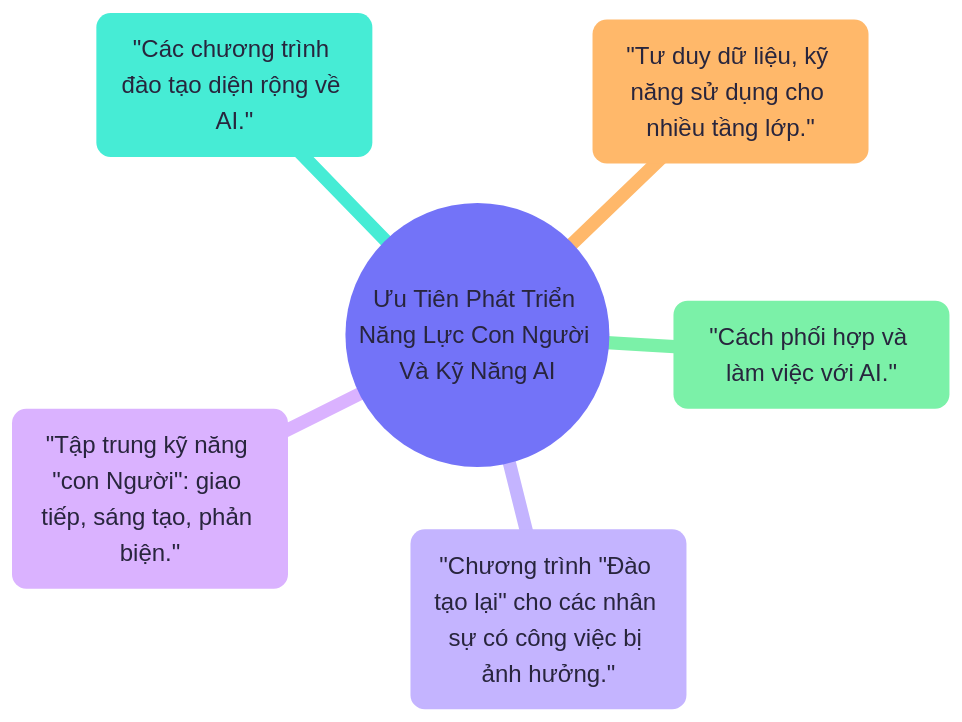
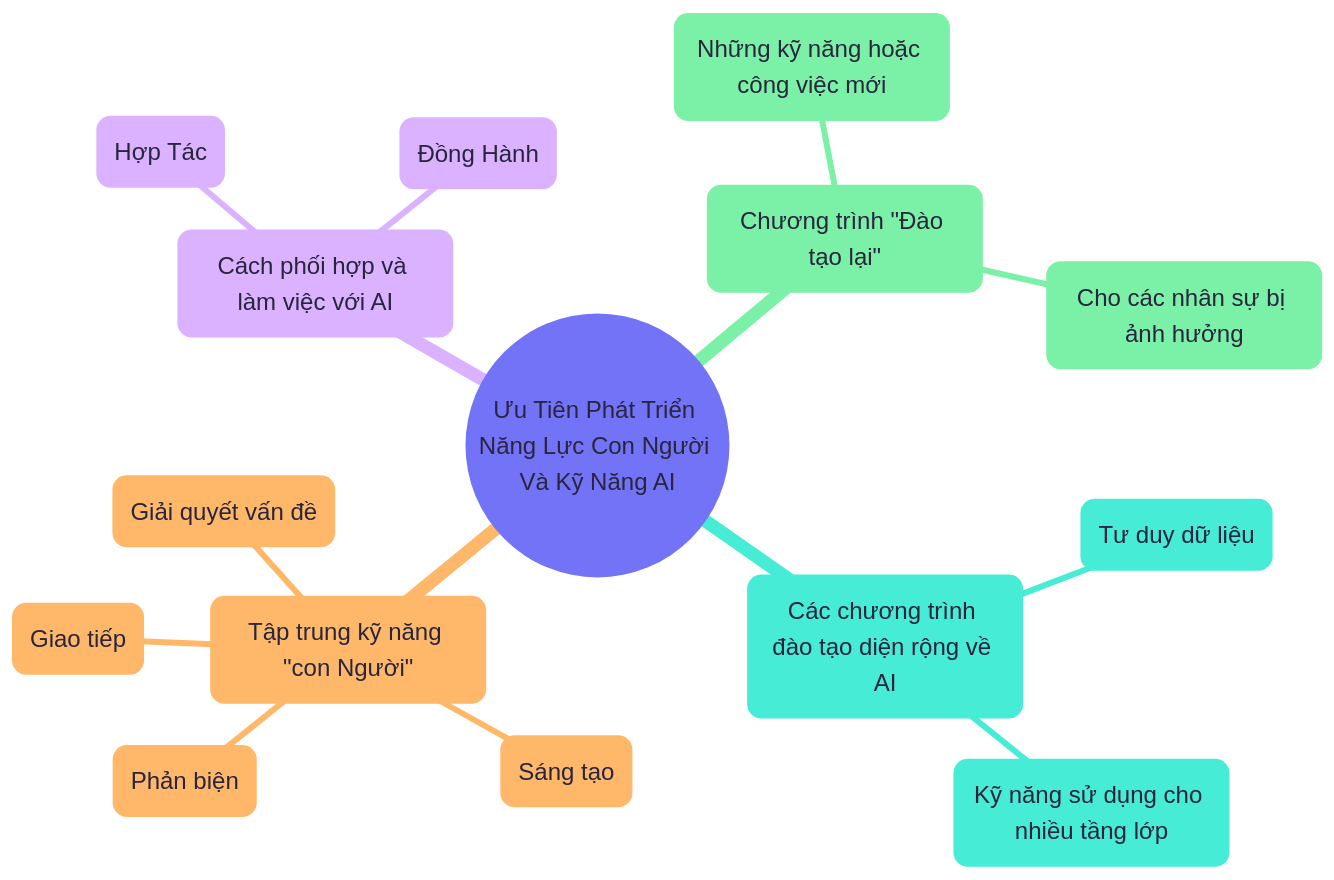
Before and after one commit to sam-uit/typst-report-template: the diagram in content/diagrams/chapter05-uu-tien-phat-trien-nang-luc-con-nguoi.mmd, drawn with Mermaid. The commit also changed 2 other files, not shown here.

Commit message:
chapter05-uu-tien-phat-trien-nang-luc-con-nguoi

```diff
--- a/content/diagrams/chapter05-uu-tien-phat-trien-nang-luc-con-nguoi.mmd
+++ b/content/diagrams/chapter05-uu-tien-phat-trien-nang-luc-con-nguoi.mmd
@@ -1,14 +1,23 @@
 ---
 config:
   theme: redux-color
   themeVariables:
     fontFamily: Google Sans
     fontSize: 20px
 ---
 mindmap
   root(("Ưu Tiên Phát Triển Năng Lực Con Người Và Kỹ Năng AI"))
-    "Các chương trình đào tạo diện rộng về AI."
-    "Tư duy dữ liệu, kỹ năng sử dụng cho nhiều tầng lớp."
-    "Tập trung kỹ năng #quot;con Người#quot;: giao tiếp, sáng tạo, phản biện."
-    "Cách phối hợp và làm việc với AI."
-    "Chương trình #quot;Đào tạo lại#quot; cho các nhân sự có công việc bị ảnh hưởng."
+    Các chương trình đào tạo diện rộng về AI
+      Tư duy dữ liệu
+      Kỹ năng sử dụng cho nhiều tầng lớp
+    Tập trung kỹ năng "con Người"
+      Giao tiếp
+      Sáng tạo
+      Phản biện
+      Giải quyết vấn đề
+    Cách phối hợp và làm việc với AI
+      Hợp Tác
+      Đồng Hành
+    Chương trình "Đào tạo lại"
+      Những kỹ năng hoặc công việc mới
+      Cho các nhân sự bị ảnh hưởng
```
